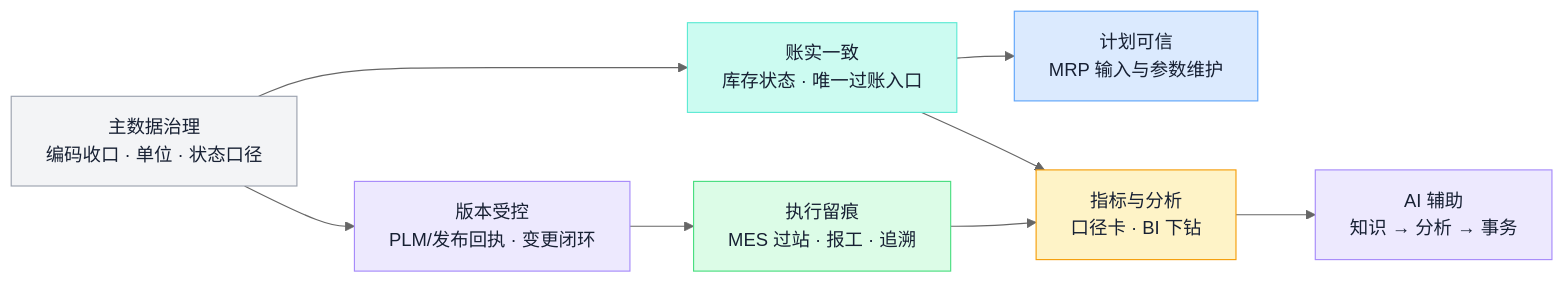
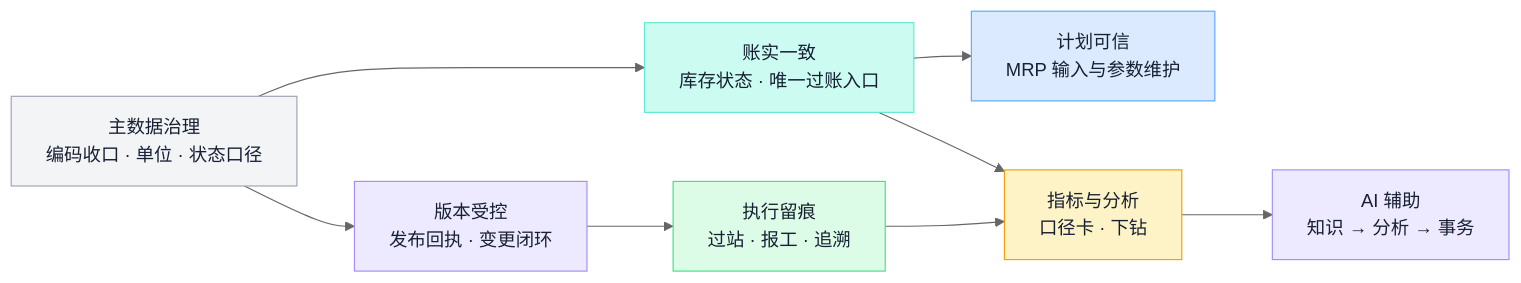
One commit to ink-hz/AI-Manufacturing-Platform changed diagram 18 of 18 in docs/manufacturing-system-handbook.md. Above: the diagram before and after it, drawn with Mermaid (neutral theme). The commit also changed other lines of this file and 9 other files, not shown here.

First line of the commit message:
docs: OEM revision of handbook, architecture, flows and design document

````diff
--- a/docs/manufacturing-system-handbook.md
+++ b/docs/manufacturing-system-handbook.md
@@ -964,21 +1302,21 @@
 ```mermaid
 flowchart LR
-    A[主数据治理<br/>编码收口 · 单位 · 状态口径] --> B[账实一致<br/>库存状态 · 唯一过账入口]
-    B --> C[计划可信<br/>MRP 输入与参数维护]
-    A --> D[版本受控<br/>PLM/发布回执 · 变更闭环]
-    D --> E[执行留痕<br/>MES 过站 · 报工 · 追溯]
-    B & E --> F[指标与分析<br/>口径卡 · BI 下钻]
-    F --> G[AI 辅助<br/>知识 → 分析 → 事务]
+    A["主数据治理<br/>编码收口 · 单位 · 状态口径"] --> B["账实一致<br/>库存状态 · 唯一过账入口"]
+    B --> C["计划可信<br/>MRP 输入与参数维护"]
+    A --> D["版本受控<br/>发布回执 · 变更闭环"]
+    D --> E["执行留痕<br/>过站 · 报工 · 追溯"]
+    B & E --> F["指标与分析<br/>口径卡 · 下钻"]
+    F --> G["AI 辅助<br/>知识 → 分析 → 事务"]
     class A store
     class B flow
     class C biz
     class D,G eng
     class E exec
     class F qa
     classDef store fill:#F3F4F6,stroke:#9CA3AF,color:#172033;
     classDef flow fill:#CCFBF1,stroke:#5EEAD4,color:#172033;
     classDef biz fill:#DBEAFE,stroke:#60A5FA,color:#172033;
     classDef eng fill:#EDE9FE,stroke:#A78BFA,color:#172033;
     classDef exec fill:#DCFCE7,stroke:#4ADE80,color:#172033;
     classDef qa fill:#FEF3C7,stroke:#F59E0B,color:#172033;
 ```
````
